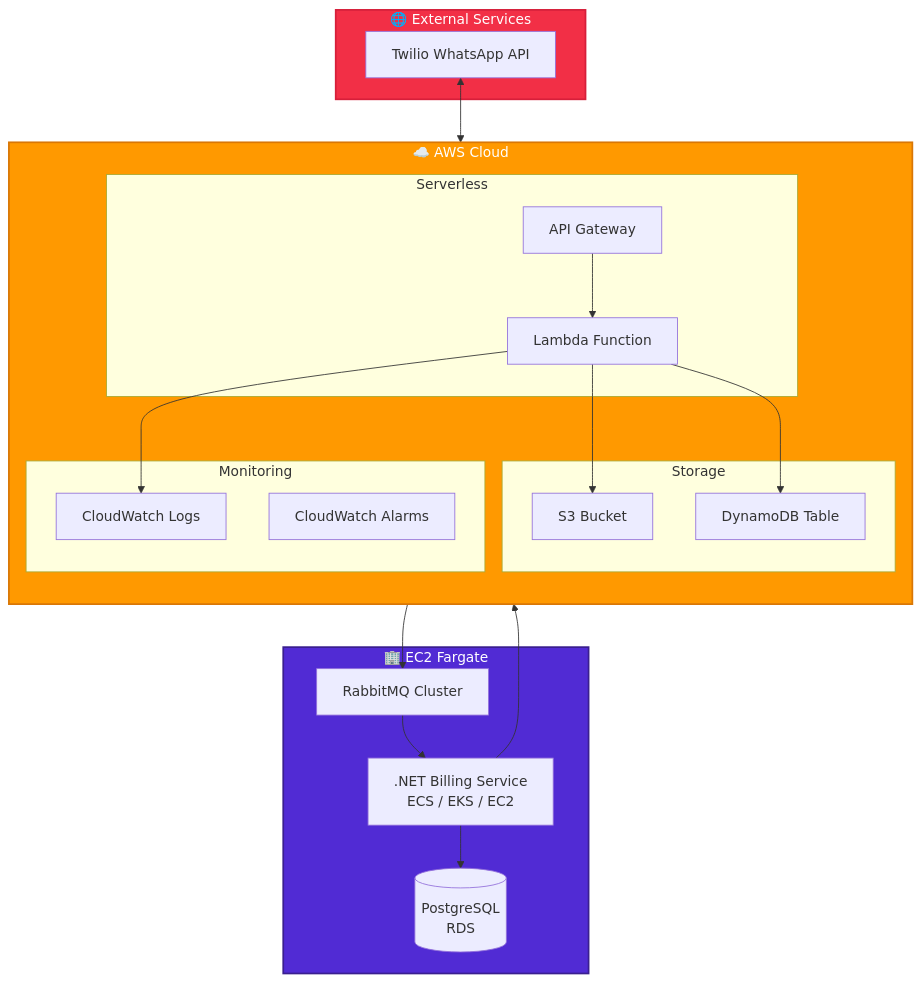
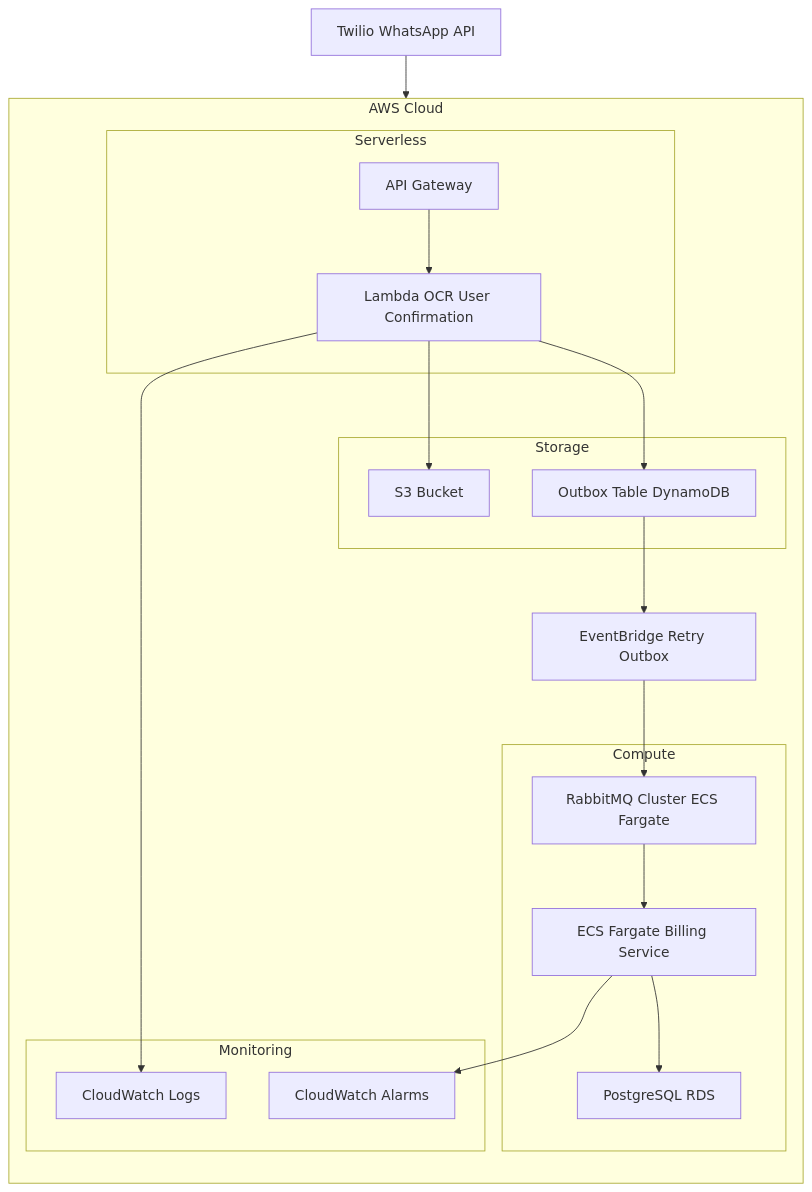
The sixth of 6 diagrams in README.md (Mphozazo/Whatsapp-meter-reading-system), drawn with Mermaid before and after one commit. The commit also changed other lines of this file, not shown here.

````diff
--- a/README.md
+++ b/README.md
@@ -423,44 +437,52 @@
 ```mermaid
- flowchart TB
-    subgraph AWS["☁️ AWS Cloud"]
+flowchart TB
+    %% External
+    Twilio[Twilio WhatsApp API]
+
+    %% AWS Cloud
+    subgraph AWS["AWS Cloud"]
         direction TB
+
+        %% Serverless
         subgraph Serverless["Serverless"]
             APIGW[API Gateway]
-            Lambda[Lambda Function]
+            Lambda[Lambda OCR User Confirmation]
         end
-        
+
+        %% Storage
         subgraph Storage["Storage"]
             S3[S3 Bucket]
-            DynamoDB[DynamoDB Table]
+            Outbox[Outbox Table DynamoDB]
         end
-        
+
+        %% Event-driven retry
+        EventBridge[EventBridge Retry Outbox]
+
+        %% Compute
+        subgraph Compute["Compute"]
+            RabbitMQ[RabbitMQ Cluster ECS Fargate]
+            Billing[ECS Fargate Billing Service]
+            RDS[PostgreSQL RDS]
+        end
+
+        %% Monitoring
         subgraph Monitoring["Monitoring"]
             CloudWatch[CloudWatch Logs]
             Alarms[CloudWatch Alarms]
         end
     end
-    
-    subgraph External["🌐 External Services"]
-        Twilio[Twilio WhatsApp API]
-    end
-    
-    subgraph OnPrem["🏢 EC2 Fargate "]
-        RabbitMQ[RabbitMQ Cluster]
-        BillingService[.NET Billing Service<br/>ECS / EKS / EC2]
-        Database[(PostgreSQL<br/>RDS)]
-    end
 
-    Twilio <--> APIGW
+    %% Connections
+    Twilio --> APIGW
     APIGW --> Lambda
     Lambda --> S3
-    Lambda --> DynamoDB
     Lambda --> CloudWatch
-    Lambda --> RabbitMQ
-    RabbitMQ --> BillingService
-    BillingService --> Database
-    BillingService --> Alarms
+    Billing --> RDS
+    Billing --> Alarms
 
-    style AWS fill:#FF9900,stroke:#D97706,stroke-width:2px,color:#fff
-    style External fill:#F22F46,stroke:#D61F3A,stroke-width:2px,color:#fff
-    style OnPrem fill:#512BD4,stroke:#3A1F8F,stroke-width:2px,color:#fff
+    %% Main message flow
+    Lambda --> Outbox
+    Outbox --> EventBridge
+    EventBridge --> RabbitMQ
+    RabbitMQ --> Billing
   ```
````
